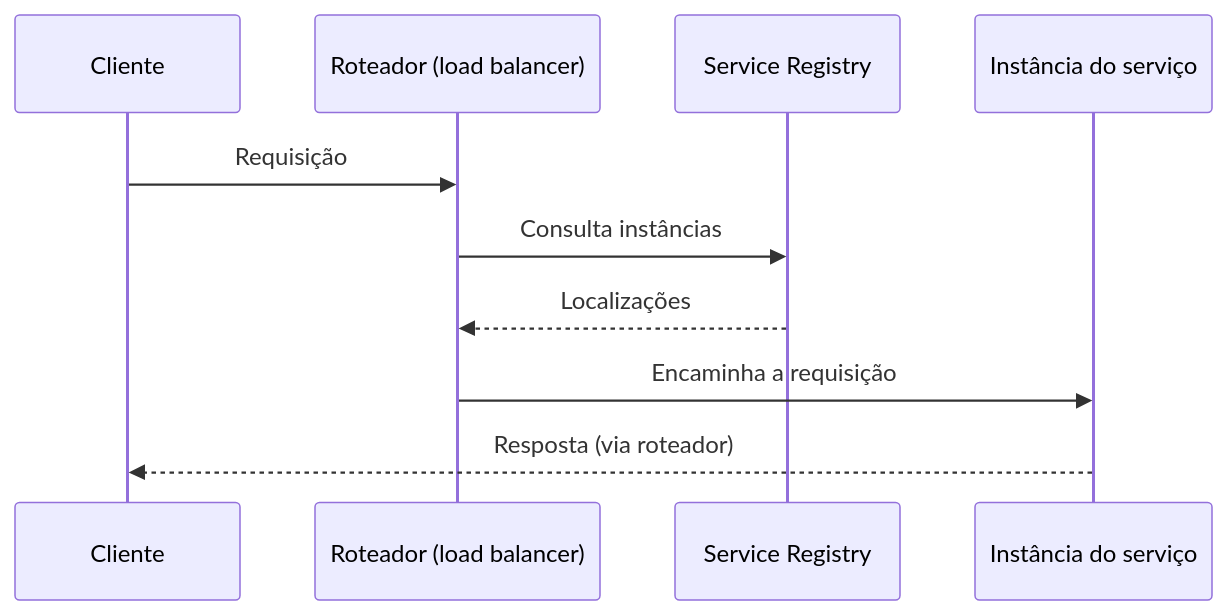
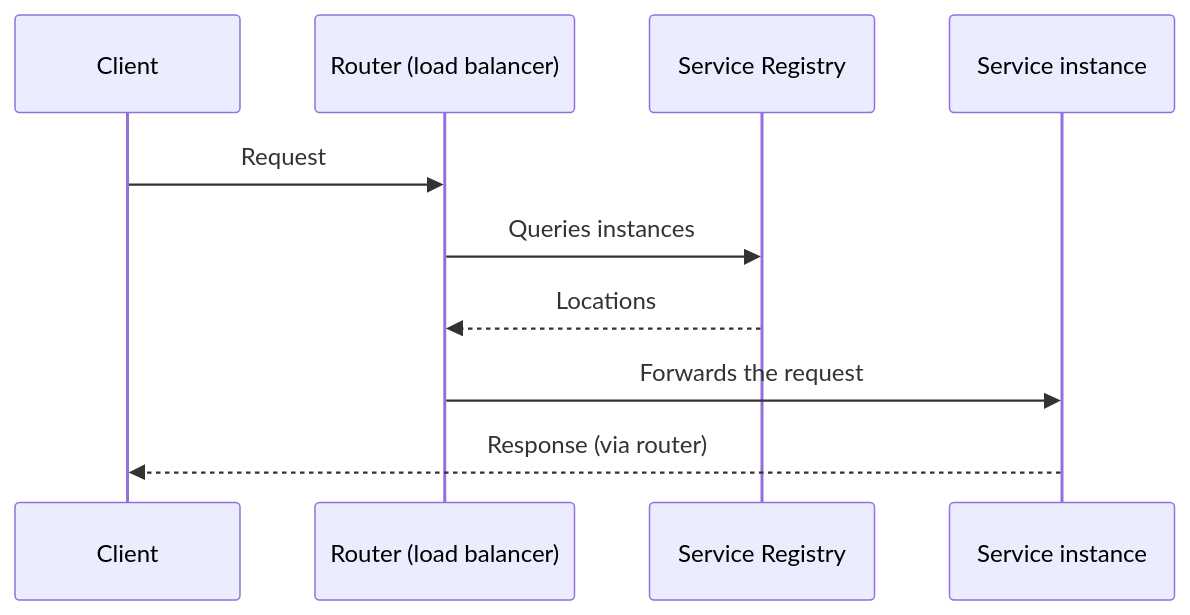
Before and after one commit to alancesar/design-patterns: the diagram in docs/architecture/microservices/service-discovery/server-side-discovery.md, drawn with Mermaid. The commit also changed 258 other files, not shown here.

First line of the commit message:
Translate Mermaid diagrams to English

````diff
--- a/docs/architecture/microservices/service-discovery/server-side-discovery.md
+++ b/docs/architecture/microservices/service-discovery/server-side-discovery.md
@@ -50,12 +50,12 @@
 ```mermaid
 sequenceDiagram
-    participant C as Cliente
-    participant L as Roteador (load balancer)
+    participant C as Client
+    participant L as Router (load balancer)
     participant R as Service Registry
-    participant I as Instância do serviço
-    C->>L: Requisição
-    L->>R: Consulta instâncias
-    R-->>L: Localizações
-    L->>I: Encaminha a requisição
-    I-->>C: Resposta (via roteador)
+    participant I as Service instance
+    C->>L: Request
+    L->>R: Queries instances
+    R-->>L: Locations
+    L->>I: Forwards the request
+    I-->>C: Response (via router)
 ```
````
